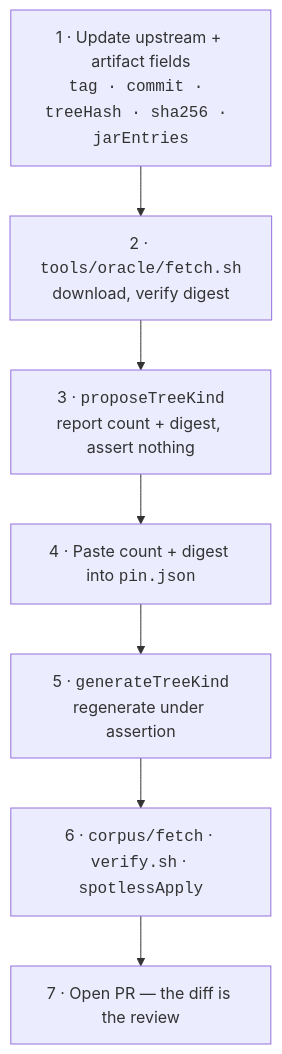
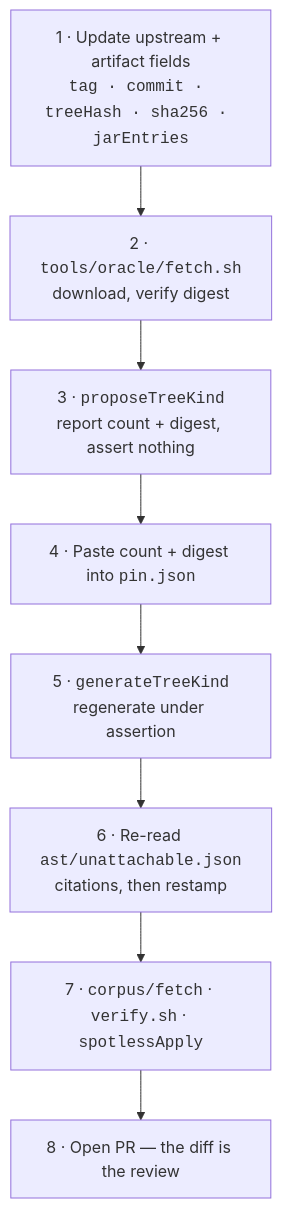
Before and after one commit to wstein/flix-spec: the diagram in docs/PIN-BUMP.md, drawn with Mermaid. The commit also changed other lines of this file and 9 other files, not shown here.

````diff
--- a/docs/PIN-BUMP.md
+++ b/docs/PIN-BUMP.md
@@ -40,12 +40,13 @@
 ```mermaid
 flowchart TD
     A["1 · Update upstream + artifact fields<br/><code>tag · commit · treeHash · sha256 · jarEntries</code>"]
     B["2 · <code>tools/oracle/fetch.sh</code><br/>download, verify digest"]
     C["3 · <code>proposeTreeKind</code><br/>report count + digest, assert nothing"]
     D["4 · Paste count + digest into <code>pin.json</code>"]
     E["5 · <code>generateTreeKind</code><br/>regenerate under assertion"]
-    F["6 · <code>corpus/fetch</code> · <code>verify.sh</code> · <code>spotlessApply</code>"]
-    G["7 · Open PR — the diff is the review"]
+    F["6 · Re-read <code>ast/unattachable.json</code><br/>citations, then restamp"]
+    G["7 · <code>corpus/fetch</code> · <code>verify.sh</code> · <code>spotlessApply</code>"]
+    H["8 · Open PR — the diff is the review"]
 
-    A --> B --> C --> D --> E --> F --> G
+    A --> B --> C --> D --> E --> F --> G --> H
 ```
````
